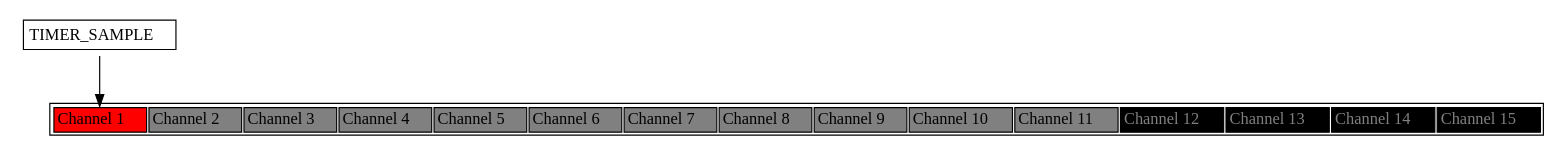
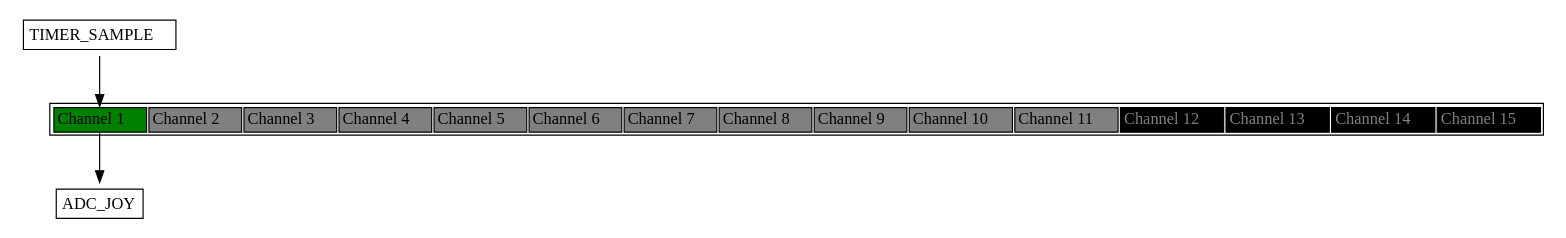
One commit to obsfeil/Motion_Music_Studio changed the diagram in Debug/syscfg/Event.dot. Above: the diagram before and after it, drawn with Graphviz. The commit also changed 12 other files, not shown here.

```diff
--- a/Debug/syscfg/Event.dot
+++ b/Debug/syscfg/Event.dot
@@ -1,39 +1,47 @@
 
 
 digraph H {
 
   parent [
    shape=plaintext
    label=<
      <table border='1' cellborder='1'>
        <tr>
-            <td bgcolor="red" port='chan_1'>Channel 1</td>
+            <td bgcolor="green" port='chan_1'>Channel 1</td>
             <td bgcolor="grey" port='chan_2'>Channel 2</td>
             <td bgcolor="grey" port='chan_3'>Channel 3</td>
             <td bgcolor="grey" port='chan_4'>Channel 4</td>
             <td bgcolor="grey" port='chan_5'>Channel 5</td>
             <td bgcolor="grey" port='chan_6'>Channel 6</td>
             <td bgcolor="grey" port='chan_7'>Channel 7</td>
             <td bgcolor="grey" port='chan_8'>Channel 8</td>
             <td bgcolor="grey" port='chan_9'>Channel 9</td>
             <td bgcolor="grey" port='chan_10'>Channel 10</td>
             <td bgcolor="grey" port='chan_11'>Channel 11</td>
             <td bgcolor="black" port='chan_12'><font color="grey">Channel 12</font></td>
             <td bgcolor="black" port='chan_13'><font color="grey">Channel 13</font></td>
             <td bgcolor="black" port='chan_14'><font color="grey">Channel 14</font></td>
             <td bgcolor="black" port='chan_15'><font color="grey">Channel 15</font></td>
          </tr>
      </table>
   >];
 
 pub_chan_1 [
     shape=plaintext
     label=<
     <table border='1'  cellborder='0'>
       <tr><td>TIMER_SAMPLE</td></tr>
     </table>
     >];
 pub_chan_1 -> parent: chan_1;
 
+sub_chan_1_0 [
+  shape=plaintext
+  label=<
+    <table border='1'  cellborder='0'>
+      <tr><td>ADC_JOY</td></tr>
+    </table>
+  >];
+parent: chan_1 -> sub_chan_1_0;
 
 }
```
